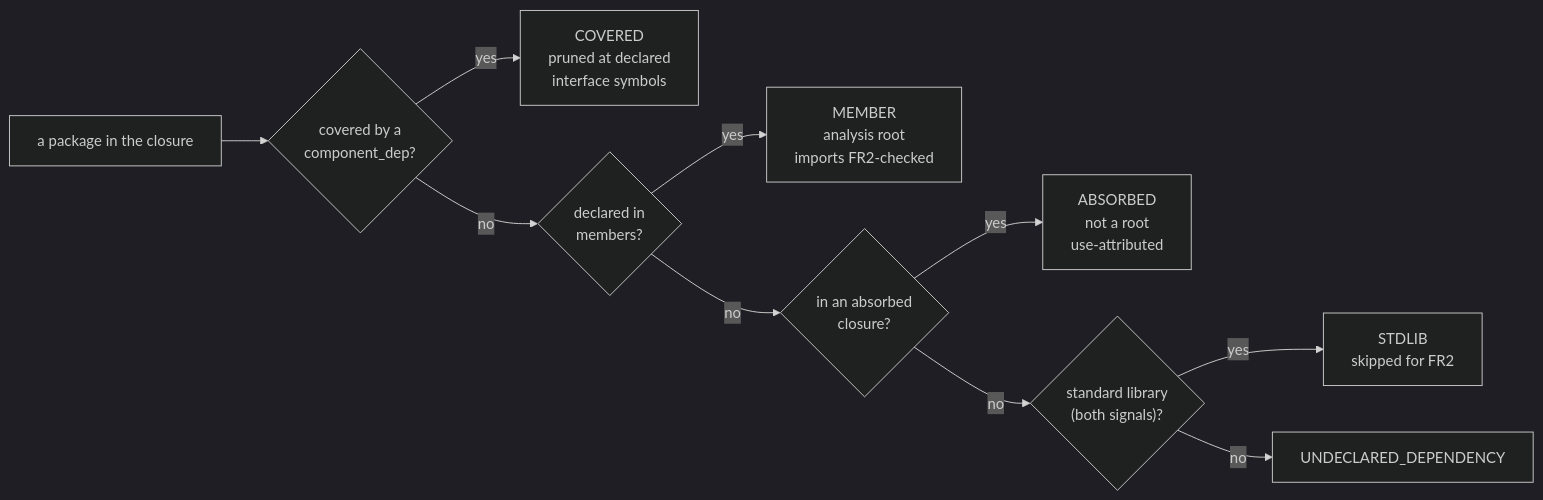
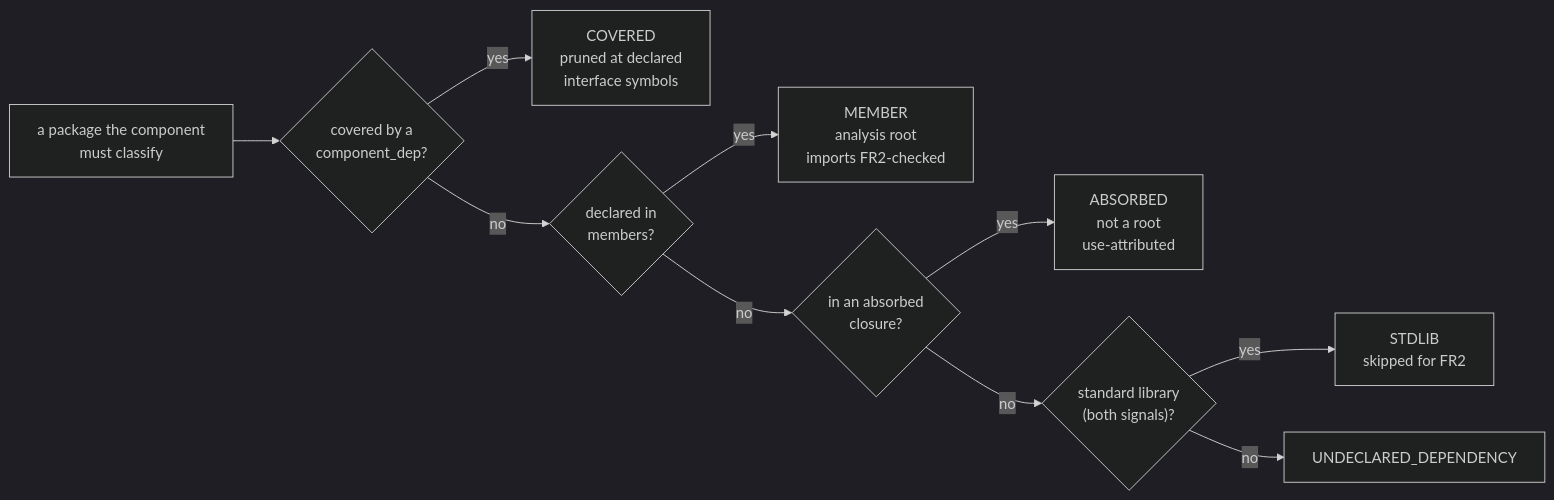
Before and after one commit to ono-sendai-labs/architectural-contracts: the second of 2 diagrams in .agents/planning/2026-07-25-component-membership-and-authority/design/detailed-design.md, drawn with Mermaid (dark theme). The commit also changed other lines of this file and 2 other files, not shown here.

First line of the commit message:
fix(spec): classify the FR2 frontier, not the whole build-graph closure

````diff
--- a/.agents/planning/2026-07-25-component-membership-and-authority/design/detailed-design.md
+++ b/.agents/planning/2026-07-25-component-membership-and-authority/design/detailed-design.md
@@ -151,12 +151,12 @@
 ```mermaid
 flowchart LR
-    P["a package in the closure"] --> Q1{"covered by a<br/>component_dep?"}
+    P["a package the component<br/>must classify"] --> Q1{"covered by a<br/>component_dep?"}
     Q1 -->|yes| C["COVERED<br/>pruned at declared<br/>interface symbols"]
     Q1 -->|no| Q2{"declared in<br/>members?"}
     Q2 -->|yes| M["MEMBER<br/>analysis root<br/>imports FR2-checked"]
     Q2 -->|no| Q3{"in an absorbed<br/>closure?"}
     Q3 -->|yes| A["ABSORBED<br/>not a root<br/>use-attributed"]
     Q3 -->|no| Q4{"standard library<br/>(both signals)?"}
     Q4 -->|yes| S["STDLIB<br/>skipped for FR2"]
     Q4 -->|no| E["UNDECLARED_DEPENDENCY"]
 ```
````
